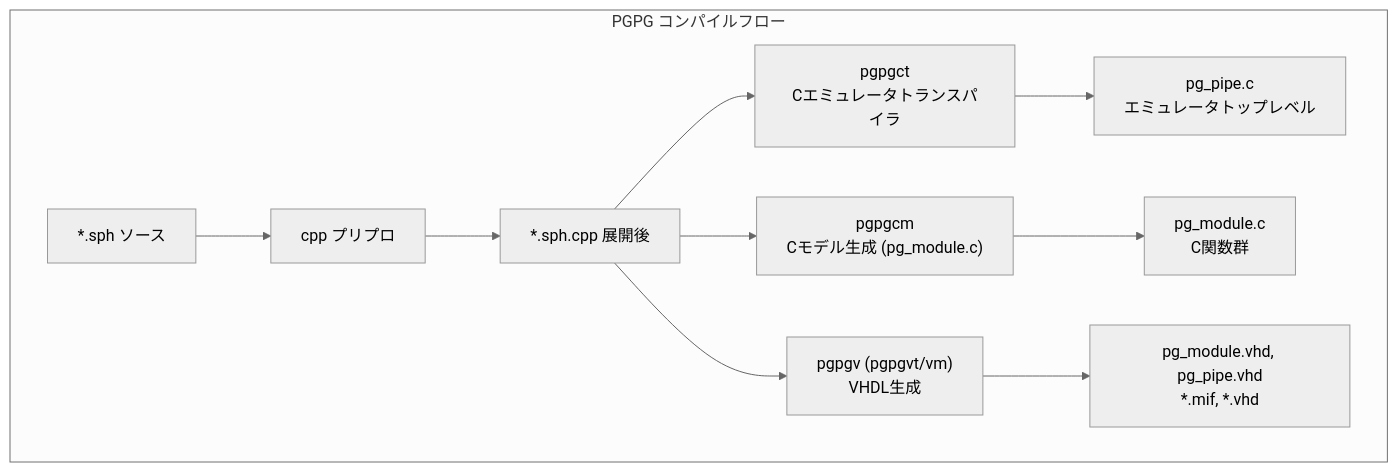
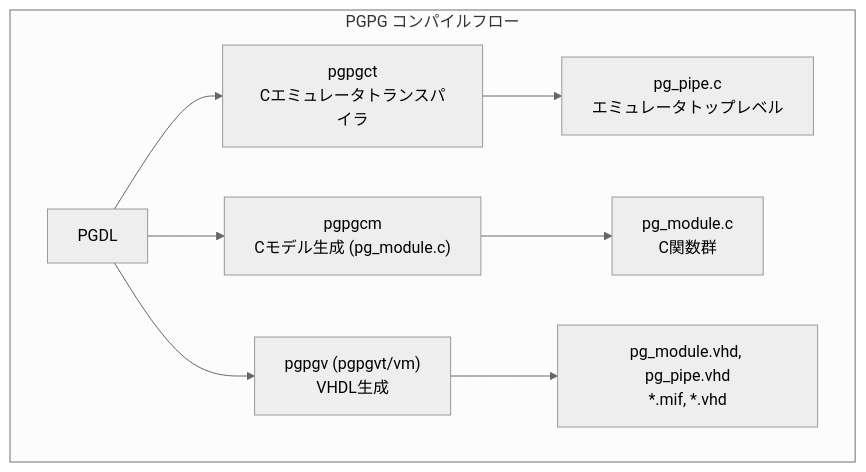
The diagram in doc/design.md (thamada/pgpg), drawn with Mermaid (neutral theme) before and after one commit. The commit also changed other lines of this file and 2 other files, not shown here.

First line of the commit message:
PGDL コンパイルフローに統一

````diff
--- a/doc/design.md
+++ b/doc/design.md
@@ -61,25 +61,22 @@
 ```mermaid
 flowchart TB
     subgraph flow["PGPG コンパイルフロー"]
-        A["*.sph ソース"]
-        B["cpp プリプロ"]
-        C["*.sph.cpp 展開後"]
-        A --> B --> C
+        A["PGDL"]
 
-        C --> D
-        C --> E
-        C --> F
+        A --> D
+        A --> E
+        A --> F
 
         D["pgpgct<br/>Cエミュレータトランスパイラ"]
         E["pgpgcm<br/>Cモデル生成 (pg_module.c)"]
         F["pgpgv (pgpgvt/vm)<br/>VHDL生成"]
 
         D --> G
         E --> H
         F --> I
 
         G["pg_pipe.c<br/>エミュレータトップレベル"]
         H["pg_module.c<br/>C関数群"]
         I["pg_module.vhd, pg_pipe.vhd<br/>*.mif, *.vhd"]
     end
 ```
````
